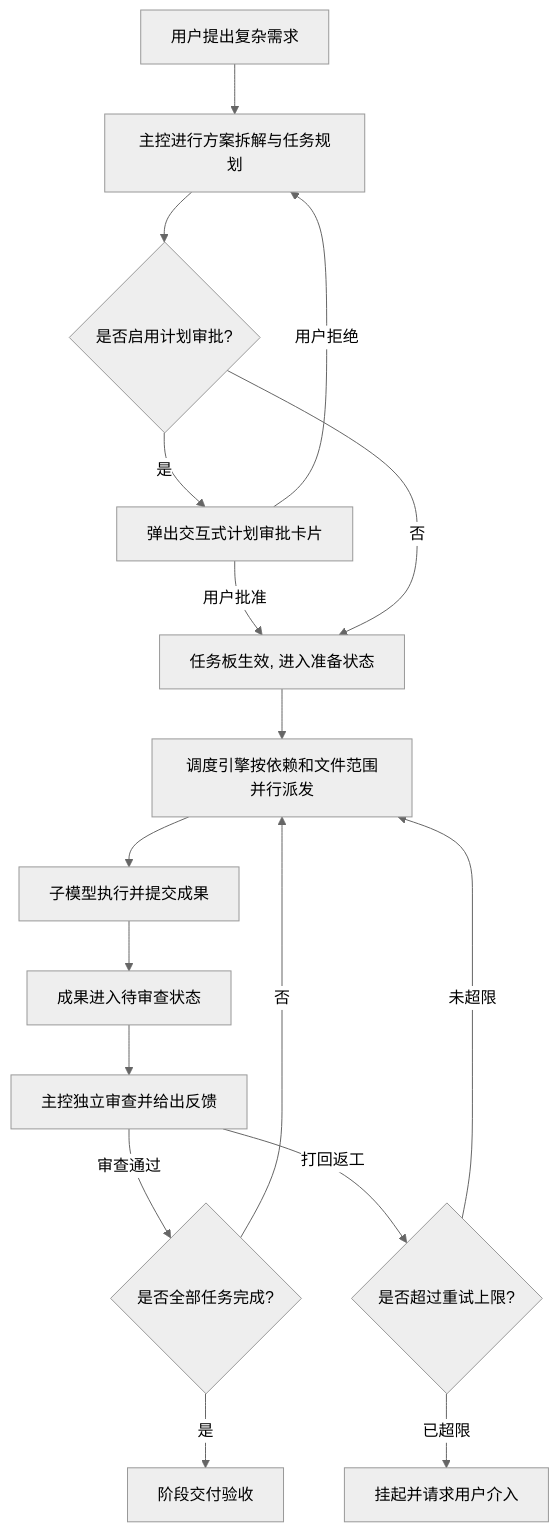
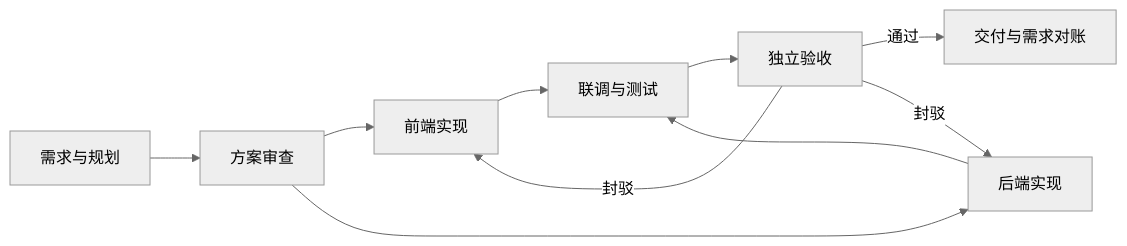
The diagram in data/readmes/kongbai9420__dsh-boss-worker.md (zqf20096327/ai_collect), drawn with Mermaid (neutral theme) before and after one commit. The commit also changed other lines of this file and 1876 other files, not shown here.

````diff
--- a/data/readmes/kongbai9420__dsh-boss-worker.md
+++ b/data/readmes/kongbai9420__dsh-boss-worker.md
@@ -85,19 +39,12 @@
 ```mermaid
-graph TD
-    A[用户提出复杂需求] --> B[主控进行方案拆解与任务规划]
-    B --> C{是否启用计划审批?}
-    C -- 是 --> D[弹出交互式计划审批卡片]
-    D -- 用户批准 --> E[任务板生效, 进入准备状态]
-    D -- 用户拒绝 --> B
-    C -- 否 --> E
-    E --> F[调度引擎按依赖和文件范围并行派发]
-    F --> G[子模型执行并提交成果]
-    G --> H[成果进入待审查状态]
-    H --> I[主控独立审查并给出反馈]
-    I -- 审查通过 --> J{是否全部任务完成?}
-    I -- 打回返工 --> K{是否超过重试上限?}
-    K -- 未超限 --> F
-    K -- 已超限 --> L[挂起并请求用户介入]
-    J -- 是 --> M[阶段交付验收]
-    J -- 否 --> F
+flowchart LR
+    A[需求与规划] --> B[方案审查]
+    B --> C[前端实现]
+    B --> D[后端实现]
+    C --> E[联调与测试]
+    D --> E
+    E --> F[独立验收]
+    F -->|通过| G[交付与需求对账]
+    F -->|封驳| C
+    F -->|封驳| D
 ```
````
